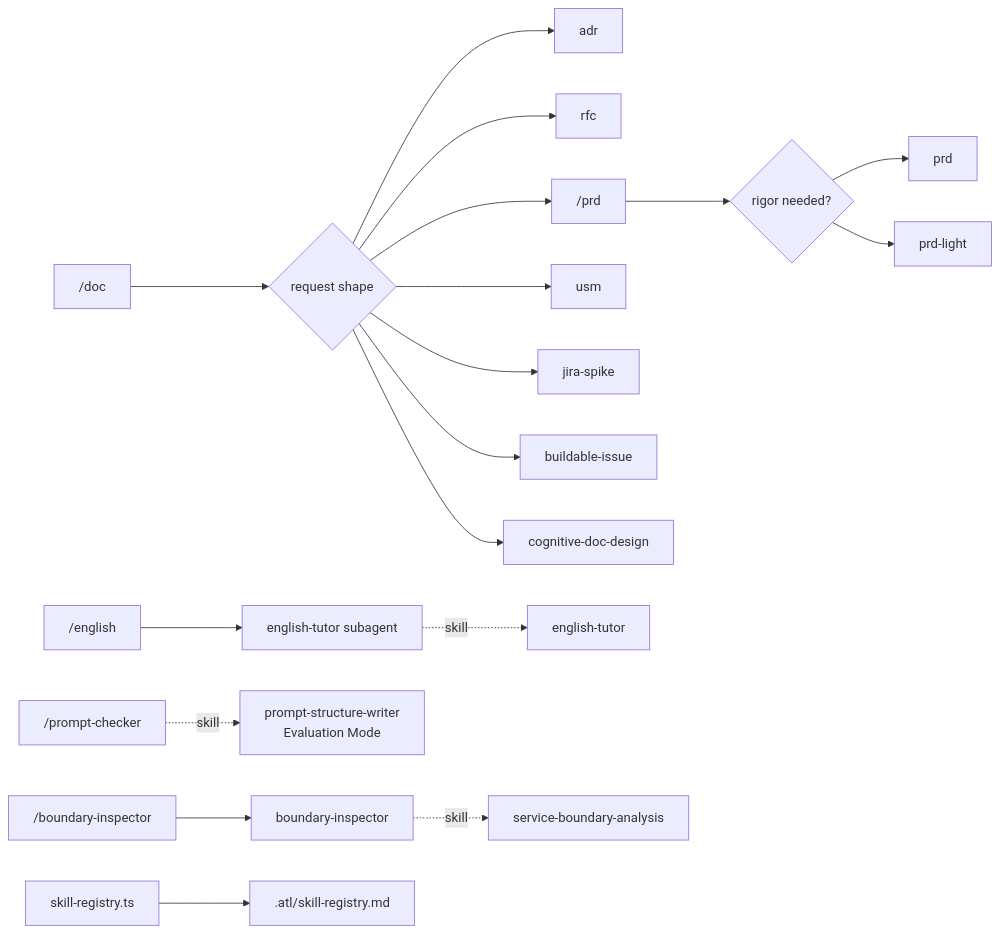
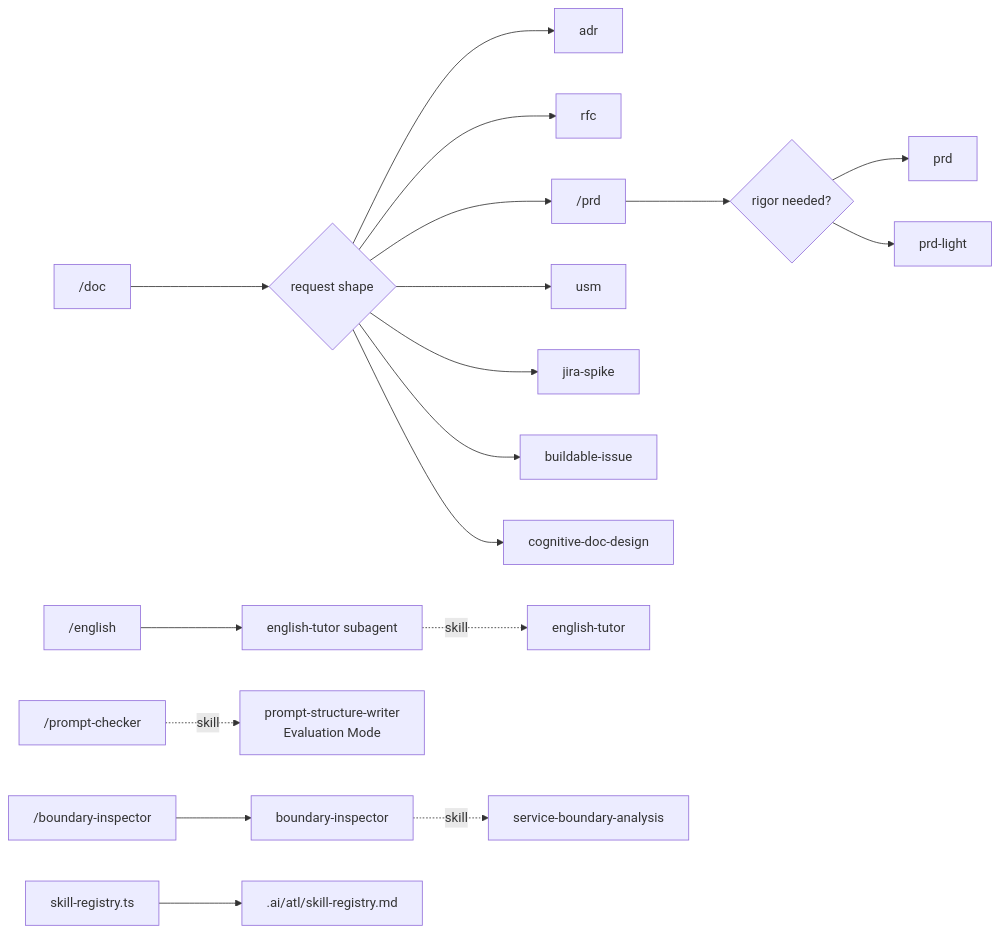
The fifth of 6 diagrams in docs/harness-flow-map.md (andresnator/agents-orchestrator), drawn with Mermaid before and after one commit. The commit also changed other lines of this file and 31 other files, not shown here.

````diff
--- a/docs/harness-flow-map.md
+++ b/docs/harness-flow-map.md
@@ -210,20 +224,20 @@
 ```mermaid
 flowchart LR
   Doc["/doc"] --> DocSelect{"request shape"}
   DocSelect --> ADR["adr"]
   DocSelect --> RFC["rfc"]
   DocSelect --> PRDRouter["/prd"]
   DocSelect --> USM["usm"]
   DocSelect --> Spike["jira-spike"]
   DocSelect --> Buildable["buildable-issue"]
   DocSelect --> Cog["cognitive-doc-design"]
 
   PRDRouter --> PRDChoice{"rigor needed?"}
   PRDChoice --> PRDFull["prd"]
   PRDChoice --> PRDLight["prd-light"]
 
   EnglishCmd["/english"] --> EnglishAgent2["english-tutor subagent"] -. skill .-> EnglishSkill["english-tutor"]
   PromptCmd["/prompt-checker"] -. skill .-> PromptSkill["prompt-structure-writer<br/>Evaluation Mode"]
   Boundary["/boundary-inspector"] --> BoundarySub["boundary-inspector"] -. skill .-> BoundaryTax["service-boundary-analysis"]
-  SkillRegistry["skill-registry.ts"] --> RegistryDoc[".atl/skill-registry.md"]
+  SkillRegistry["skill-registry.ts"] --> RegistryDoc[".ai/atl/skill-registry.md"]
 ```
````
